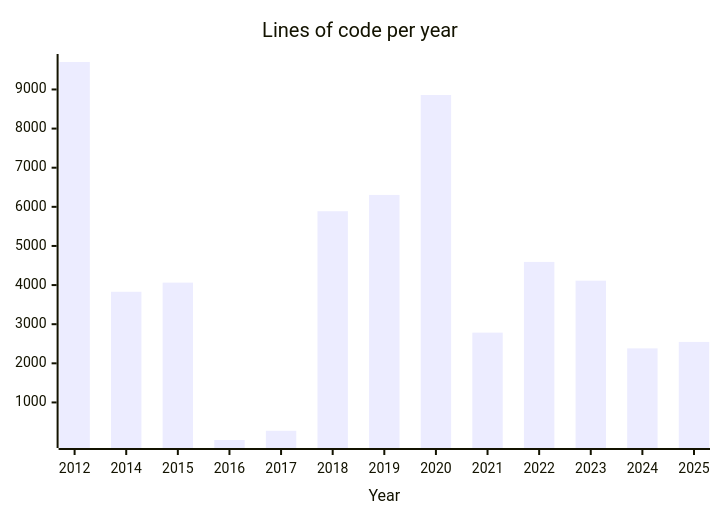
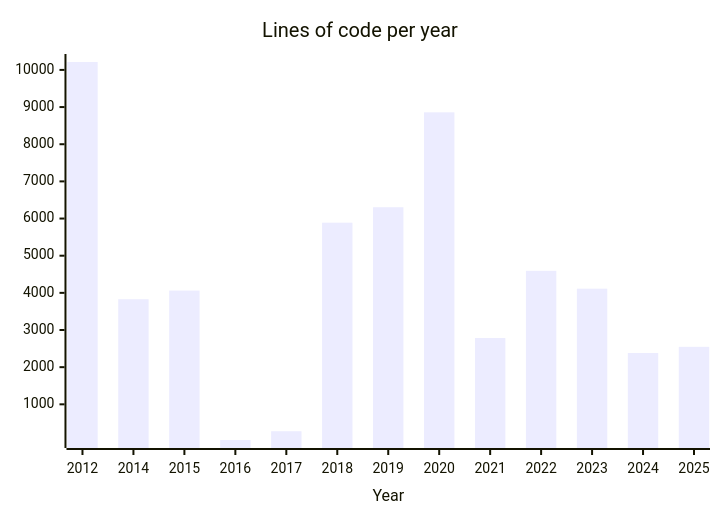
One commit to engdan77/engdan77 changed the diagram in README.md. Above: the diagram before and after it, drawn with Mermaid. The commit also changed other lines of this file, not shown here.

````diff
--- a/README.md
+++ b/README.md
@@ -41,6 +41,6 @@
 ```mermaid
 xychart-beta
       title "Lines of code per year"
       x-axis "Year" [2012, 2014, 2015, 2016, 2017, 2018, 2019, 2020, 2021, 2022, 2023, 2024, 2025]
-      bar "engdan77" [9702, 3829, 4062, 40, 276, 5888, 6304, 8858, 2784, 4592, 4113, 2382, 2547]
+      bar "engdan77" [10213, 3829, 4062, 40, 276, 5888, 6304, 8858, 2784, 4593, 4113, 2382, 2547]
 ```
````
